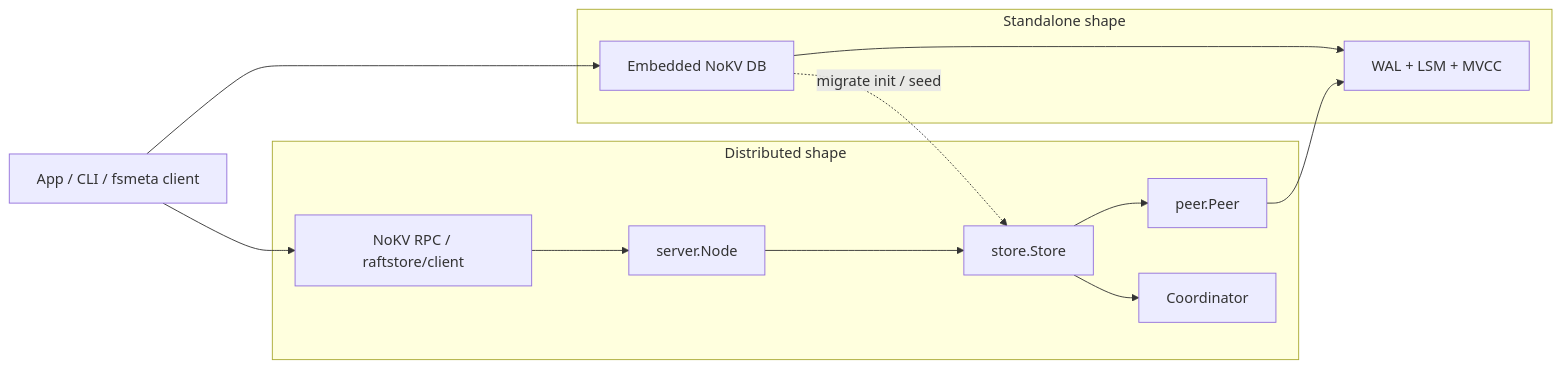
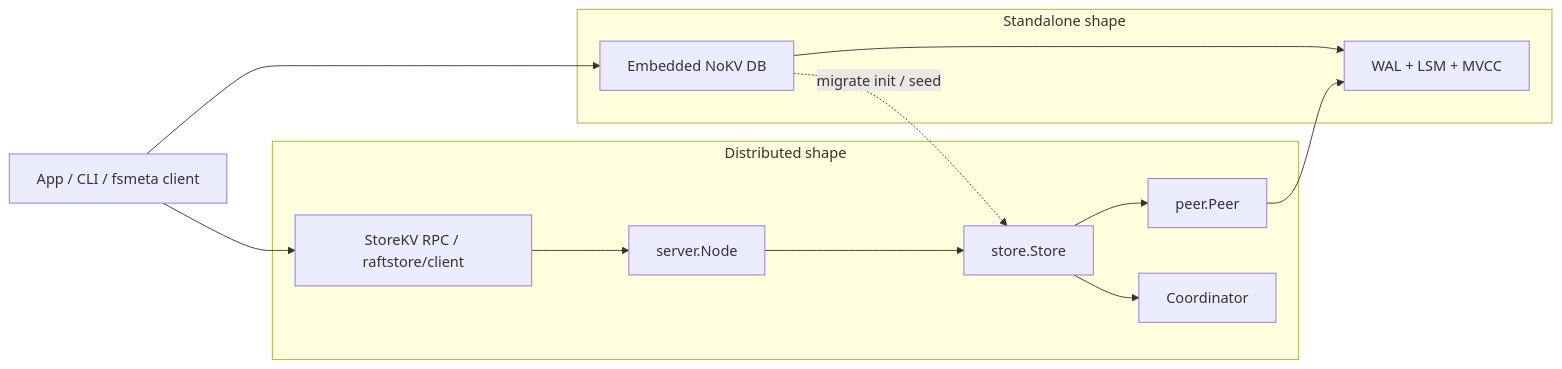
One commit to feichai0017/NoKV changed the first of 2 diagrams in docs/architecture.md. Above: the diagram before and after it, drawn with Mermaid. The commit also changed other lines of this file and 175 other files, not shown here.

Commit message:
Refine storage architecture boundaries (#223)

````diff
--- a/docs/architecture.md
+++ b/docs/architecture.md
@@ -65,20 +65,20 @@
 ```mermaid
 flowchart LR
     App["App / CLI / fsmeta client"]
     App --> Embedded["Embedded NoKV DB"]
-    App --> RPC["NoKV RPC / raftstore/client"]
+    App --> RPC["StoreKV RPC / raftstore/client"]
 
     subgraph "Standalone shape"
         Embedded --> Core["WAL + LSM + MVCC"]
     end
 
     subgraph "Distributed shape"
         RPC --> Server["server.Node"]
         Server --> Store["store.Store"]
         Store --> Peer["peer.Peer"]
         Peer --> Core
         Store --> Coordinator["Coordinator"]
     end
 
     Embedded -. migrate init / seed .-> Store
 ```
````
